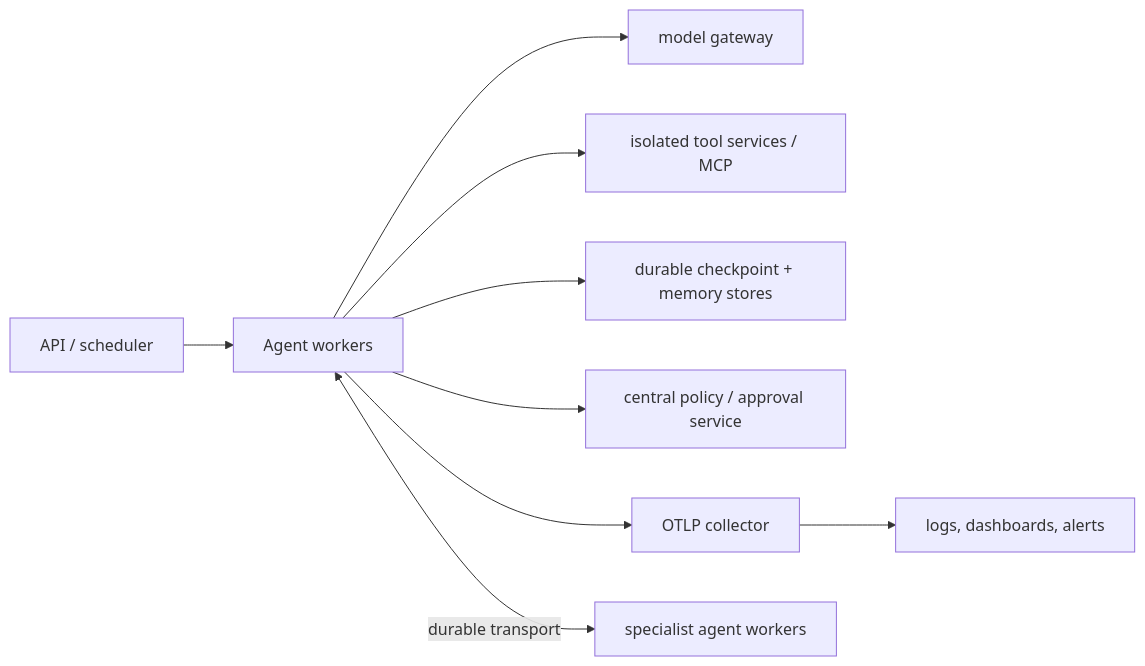
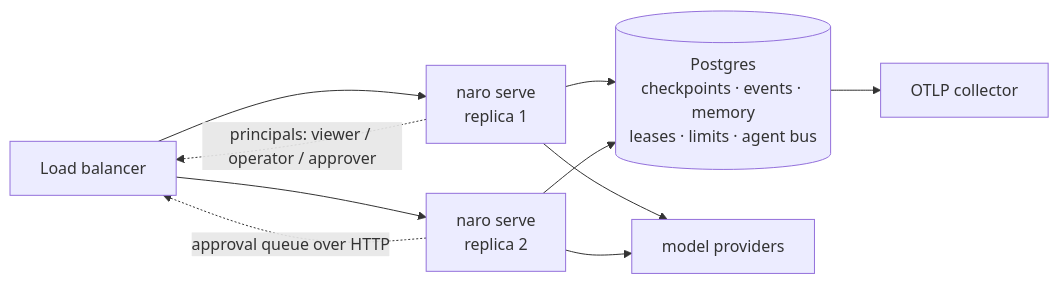
Diagram 13 of 13 in docs/architecture.md (balureddy003/Naro), drawn with Mermaid before and after one commit. The commit also changed other lines of this file and 1 other file, not shown here.

First line of the commit message:
Fix architecture.md drift: adapter-pg/adapter-harness were missing, multi-host claims were stale (#6)

````diff
--- a/docs/architecture.md
+++ b/docs/architecture.md
@@ -711,11 +729,12 @@
 ```mermaid
 flowchart LR
-    api["API / scheduler"] --> workers["Agent workers"]
-    workers --> models["model gateway"]
-    workers --> tools["isolated tool services / MCP"]
-    workers --> state["durable checkpoint + memory stores"]
-    workers --> policy["central policy / approval service"]
-    workers --> collector["OTLP collector"]
-    collector --> ops["logs, dashboards, alerts"]
-    workers <-->|durable transport| peers["specialist agent workers"]
+    lb["Load balancer"] --> r1["naro serve\nreplica 1"]
+    lb --> r2["naro serve\nreplica 2"]
+    r1 --> pg[("Postgres\ncheckpoints · events · memory\nleases · limits · agent bus")]
+    r2 --> pg
+    r1 -.->|"principals: viewer / operator / approver"| lb
+    r2 -.->|approval queue over HTTP| lb
+    r1 --> models["model providers"]
+    r2 --> models
+    pg --> collector["OTLP collector"]
 ```
````
